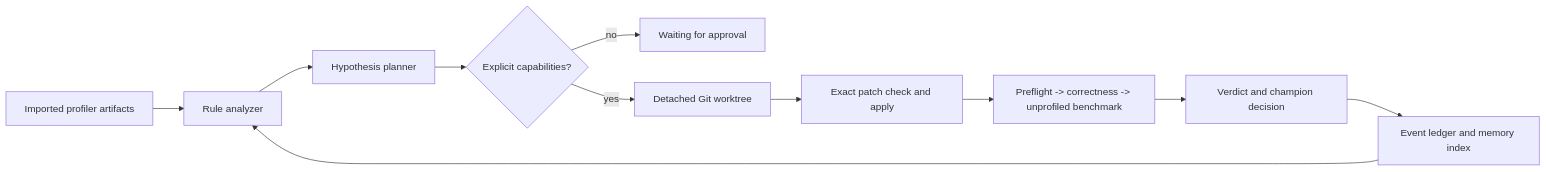
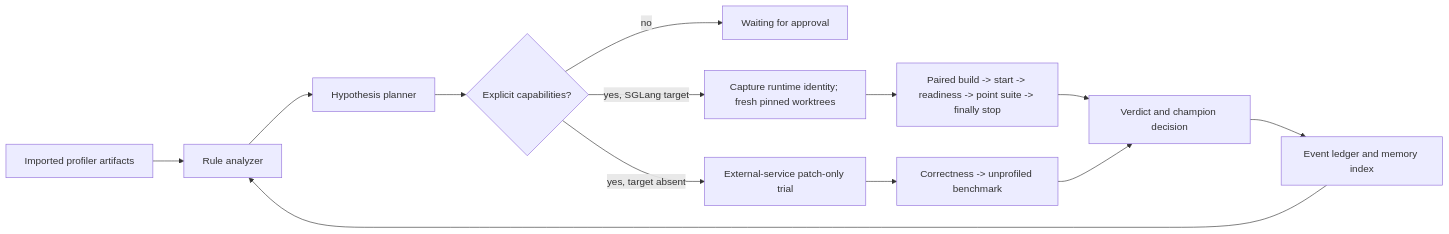
Before and after one commit to huangzhilin-hzl/euboulia: the second of 2 diagrams in docs/architecture.md, drawn with Mermaid. The commit also changed other lines of this file and 42 other files, not shown here.

````diff
--- a/docs/architecture.md
+++ b/docs/architecture.md
@@ -44,13 +47,15 @@
 ```mermaid
 flowchart LR
     P["Imported profiler artifacts"] --> A["Rule analyzer"]
     A --> H["Hypothesis planner"]
     H --> Q{"Explicit capabilities?"}
     Q -->|"no"| W["Waiting for approval"]
-    Q -->|"yes"| G["Detached Git worktree"]
-    G --> C["Exact patch check and apply"]
-    C --> E["Preflight -> correctness -> unprofiled benchmark"]
+    Q -->|"yes, target absent"| G["External-service patch-only trial"]
+    Q -->|"yes, SGLang target"| T["Capture runtime identity; fresh pinned worktrees"]
+    T --> B["Paired build -> start -> readiness -> point suite -> finally stop"]
+    G --> E["Correctness -> unprofiled benchmark"]
+    B --> V
     E --> V["Verdict and champion decision"]
     V --> M["Event ledger and memory index"]
     M --> A
 ```
````
